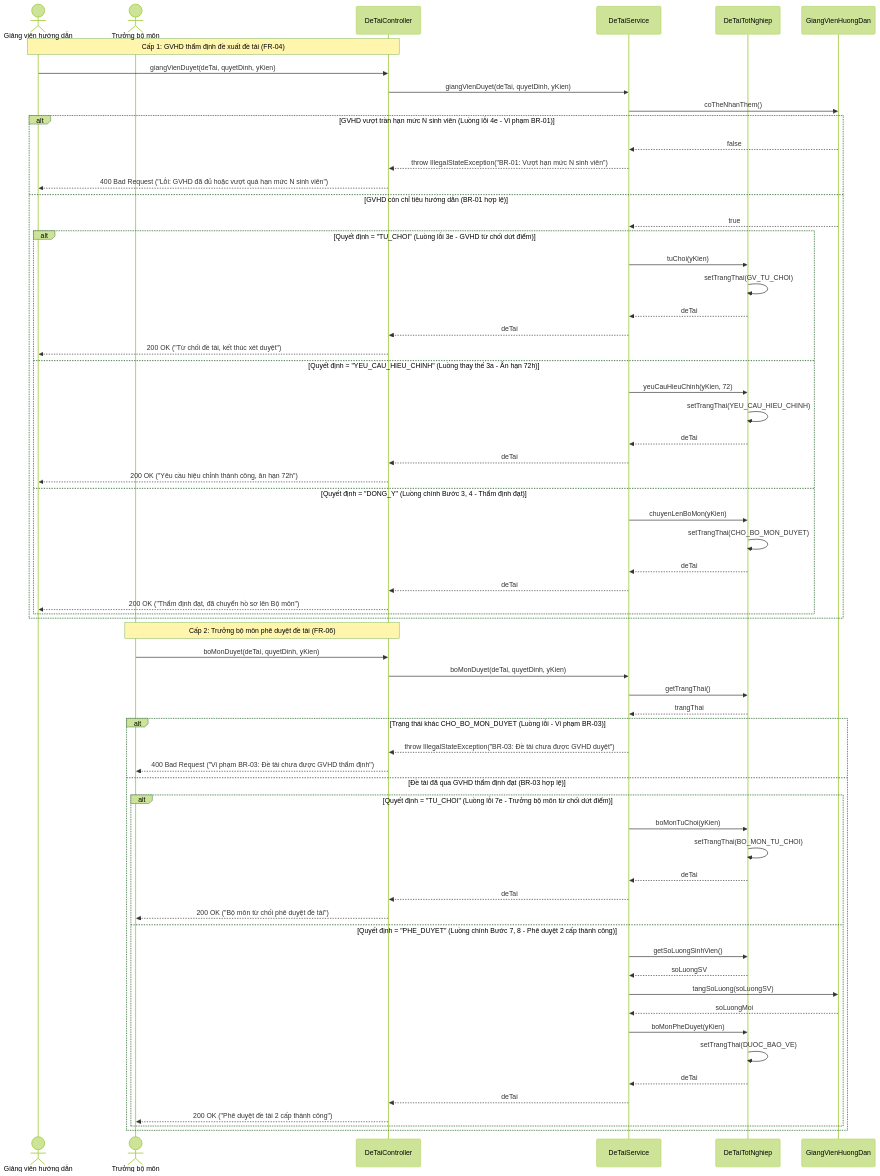
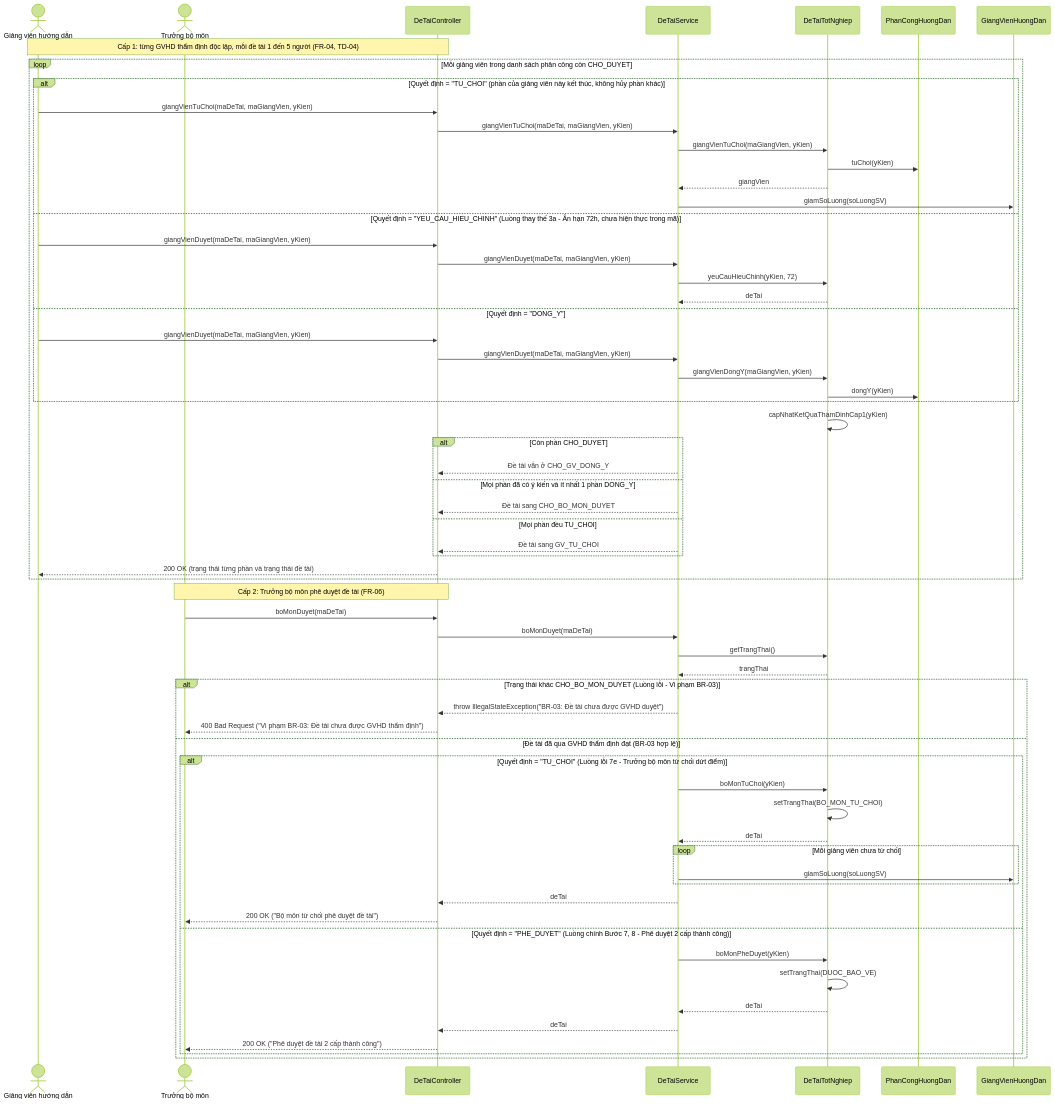
The diagram in diagrams/seq-xet-duyet.mmd (phamhuy273/thesishub), drawn with Mermaid (forest theme) before and after one commit. The commit also changed 27 other files, not shown here.

Commit message:
feat: Tach PhanCongHuongDan de moi giang vien tham dinh doc lap theo TD-04

```diff
--- a/diagrams/seq-xet-duyet.mmd
+++ b/diagrams/seq-xet-duyet.mmd
@@ -1,76 +1,75 @@
 sequenceDiagram
   %% Phụ trách: N14-C
   actor GVHD as Giảng viên hướng dẫn
   actor TBM as Trưởng bộ môn
   participant DeTaiController
   participant DeTaiService
   participant DeTaiTotNghiep
+  participant PhanCongHuongDan
   participant GiangVienHuongDan
 
   %% ==========================================
   %% CẤP 1: GIẢNG VIÊN HƯỚNG DẪN THẨM ĐỊNH (FR-04)
   %% ==========================================
-  Note over GVHD,DeTaiController: Cấp 1: GVHD thẩm định đề xuất đề tài (FR-04)
-  GVHD->>DeTaiController: giangVienDuyet(deTai, quyetDinh, yKien)
-  DeTaiController->>DeTaiService: giangVienDuyet(deTai, quyetDinh, yKien)
-
-  DeTaiService->>GiangVienHuongDan: coTheNhanThem()
-  alt GVHD vượt trần hạn mức N sinh viên (Luồng lỗi 4e - Vi phạm BR-01)
-    GiangVienHuongDan-->>DeTaiService: false
-    DeTaiService-->>DeTaiController: throw IllegalStateException("BR-01: Vượt hạn mức N sinh viên")
-    DeTaiController-->>GVHD: 400 Bad Request ("Lỗi: GVHD đã đủ hoặc vượt quá hạn mức N sinh viên")
-  else GVHD còn chỉ tiêu hướng dẫn (BR-01 hợp lệ)
-    GiangVienHuongDan-->>DeTaiService: true
-    alt Quyết định = "TU_CHOI" (Luồng lỗi 3e - GVHD từ chối dứt điểm)
-      DeTaiService->>DeTaiTotNghiep: tuChoi(yKien)
-      DeTaiTotNghiep->>DeTaiTotNghiep: setTrangThai(GV_TU_CHOI)
+  Note over GVHD,DeTaiController: Cấp 1: từng GVHD thẩm định độc lập, mỗi đề tài 1 đến 5 người (FR-04, TD-04)
+  loop Mỗi giảng viên trong danh sách phân công còn CHO_DUYET
+    alt Quyết định = "TU_CHOI" (phần của giảng viên này kết thúc, không hủy phần khác)
+      GVHD->>DeTaiController: giangVienTuChoi(maDeTai, maGiangVien, yKien)
+      DeTaiController->>DeTaiService: giangVienTuChoi(maDeTai, maGiangVien, yKien)
+      DeTaiService->>DeTaiTotNghiep: giangVienTuChoi(maGiangVien, yKien)
+      DeTaiTotNghiep->>PhanCongHuongDan: tuChoi(yKien)
+      DeTaiTotNghiep-->>DeTaiService: giangVien
+      DeTaiService->>GiangVienHuongDan: giamSoLuong(soLuongSV)
+    else Quyết định = "YEU_CAU_HIEU_CHINH" (Luồng thay thế 3a - Ân hạn 72h, chưa hiện thực trong mã)
+      GVHD->>DeTaiController: giangVienDuyet(maDeTai, maGiangVien, yKien)
+      DeTaiController->>DeTaiService: giangVienDuyet(maDeTai, maGiangVien, yKien)
+      DeTaiService->>DeTaiTotNghiep: yeuCauHieuChinh(yKien, 72)
       DeTaiTotNghiep-->>DeTaiService: deTai
-      DeTaiService-->>DeTaiController: deTai
-      DeTaiController-->>GVHD: 200 OK ("Từ chối đề tài, kết thúc xét duyệt")
-    else Quyết định = "YEU_CAU_HIEU_CHINH" (Luồng thay thế 3a - Ân hạn 72h)
-      DeTaiService->>DeTaiTotNghiep: yeuCauHieuChinh(yKien, 72)
-      DeTaiTotNghiep->>DeTaiTotNghiep: setTrangThai(YEU_CAU_HIEU_CHINH)
-      DeTaiTotNghiep-->>DeTaiService: deTai
-      DeTaiService-->>DeTaiController: deTai
-      DeTaiController-->>GVHD: 200 OK ("Yêu cầu hiệu chỉnh thành công, ân hạn 72h")
-    else Quyết định = "DONG_Y" (Luồng chính Bước 3, 4 - Thẩm định đạt)
-      DeTaiService->>DeTaiTotNghiep: chuyenLenBoMon(yKien)
-      DeTaiTotNghiep->>DeTaiTotNghiep: setTrangThai(CHO_BO_MON_DUYET)
-      DeTaiTotNghiep-->>DeTaiService: deTai
-      DeTaiService-->>DeTaiController: deTai
-      DeTaiController-->>GVHD: 200 OK ("Thẩm định đạt, đã chuyển hồ sơ lên Bộ môn")
+    else Quyết định = "DONG_Y"
+      GVHD->>DeTaiController: giangVienDuyet(maDeTai, maGiangVien, yKien)
+      DeTaiController->>DeTaiService: giangVienDuyet(maDeTai, maGiangVien, yKien)
+      DeTaiService->>DeTaiTotNghiep: giangVienDongY(maGiangVien, yKien)
+      DeTaiTotNghiep->>PhanCongHuongDan: dongY(yKien)
     end
+    DeTaiTotNghiep->>DeTaiTotNghiep: capNhatKetQuaThamDinhCap1(yKien)
+    alt Còn phần CHO_DUYET
+      DeTaiService-->>DeTaiController: Đề tài vẫn ở CHO_GV_DONG_Y
+    else Mọi phần đã có ý kiến và ít nhất 1 phần DONG_Y
+      DeTaiService-->>DeTaiController: Đề tài sang CHO_BO_MON_DUYET
+    else Mọi phần đều TU_CHOI
+      DeTaiService-->>DeTaiController: Đề tài sang GV_TU_CHOI
+    end
+    DeTaiController-->>GVHD: 200 OK (trạng thái từng phần và trạng thái đề tài)
   end
 
   %% ==========================================
   %% CẤP 2: TRƯỞNG BỘ MÔN PHÊ DUYỆT (FR-06)
   %% ==========================================
   Note over TBM,DeTaiController: Cấp 2: Trưởng bộ môn phê duyệt đề tài (FR-06)
-  TBM->>DeTaiController: boMonDuyet(deTai, quyetDinh, yKien)
-  DeTaiController->>DeTaiService: boMonDuyet(deTai, quyetDinh, yKien)
+  TBM->>DeTaiController: boMonDuyet(maDeTai)
+  DeTaiController->>DeTaiService: boMonDuyet(maDeTai)
 
   DeTaiService->>DeTaiTotNghiep: getTrangThai()
   DeTaiTotNghiep-->>DeTaiService: trangThai
 
   alt Trạng thái khác CHO_BO_MON_DUYET (Luồng lỗi - Vi phạm BR-03)
     DeTaiService-->>DeTaiController: throw IllegalStateException("BR-03: Đề tài chưa được GVHD duyệt")
     DeTaiController-->>TBM: 400 Bad Request ("Vi phạm BR-03: Đề tài chưa được GVHD thẩm định")
   else Đề tài đã qua GVHD thẩm định đạt (BR-03 hợp lệ)
     alt Quyết định = "TU_CHOI" (Luồng lỗi 7e - Trưởng bộ môn từ chối dứt điểm)
       DeTaiService->>DeTaiTotNghiep: boMonTuChoi(yKien)
       DeTaiTotNghiep->>DeTaiTotNghiep: setTrangThai(BO_MON_TU_CHOI)
       DeTaiTotNghiep-->>DeTaiService: deTai
+      loop Mỗi giảng viên chưa từ chối
+        DeTaiService->>GiangVienHuongDan: giamSoLuong(soLuongSV)
+      end
       DeTaiService-->>DeTaiController: deTai
       DeTaiController-->>TBM: 200 OK ("Bộ môn từ chối phê duyệt đề tài")
     else Quyết định = "PHE_DUYET" (Luồng chính Bước 7, 8 - Phê duyệt 2 cấp thành công)
-      DeTaiService->>DeTaiTotNghiep: getSoLuongSinhVien()
-      DeTaiTotNghiep-->>DeTaiService: soLuongSV
-      DeTaiService->>GiangVienHuongDan: tangSoLuong(soLuongSV)
-      GiangVienHuongDan-->>DeTaiService: soLuongMoi
       DeTaiService->>DeTaiTotNghiep: boMonPheDuyet(yKien)
       DeTaiTotNghiep->>DeTaiTotNghiep: setTrangThai(DUOC_BAO_VE)
       DeTaiTotNghiep-->>DeTaiService: deTai
       DeTaiService-->>DeTaiController: deTai
       DeTaiController-->>TBM: 200 OK ("Phê duyệt đề tài 2 cấp thành công")
     end
   end
```
